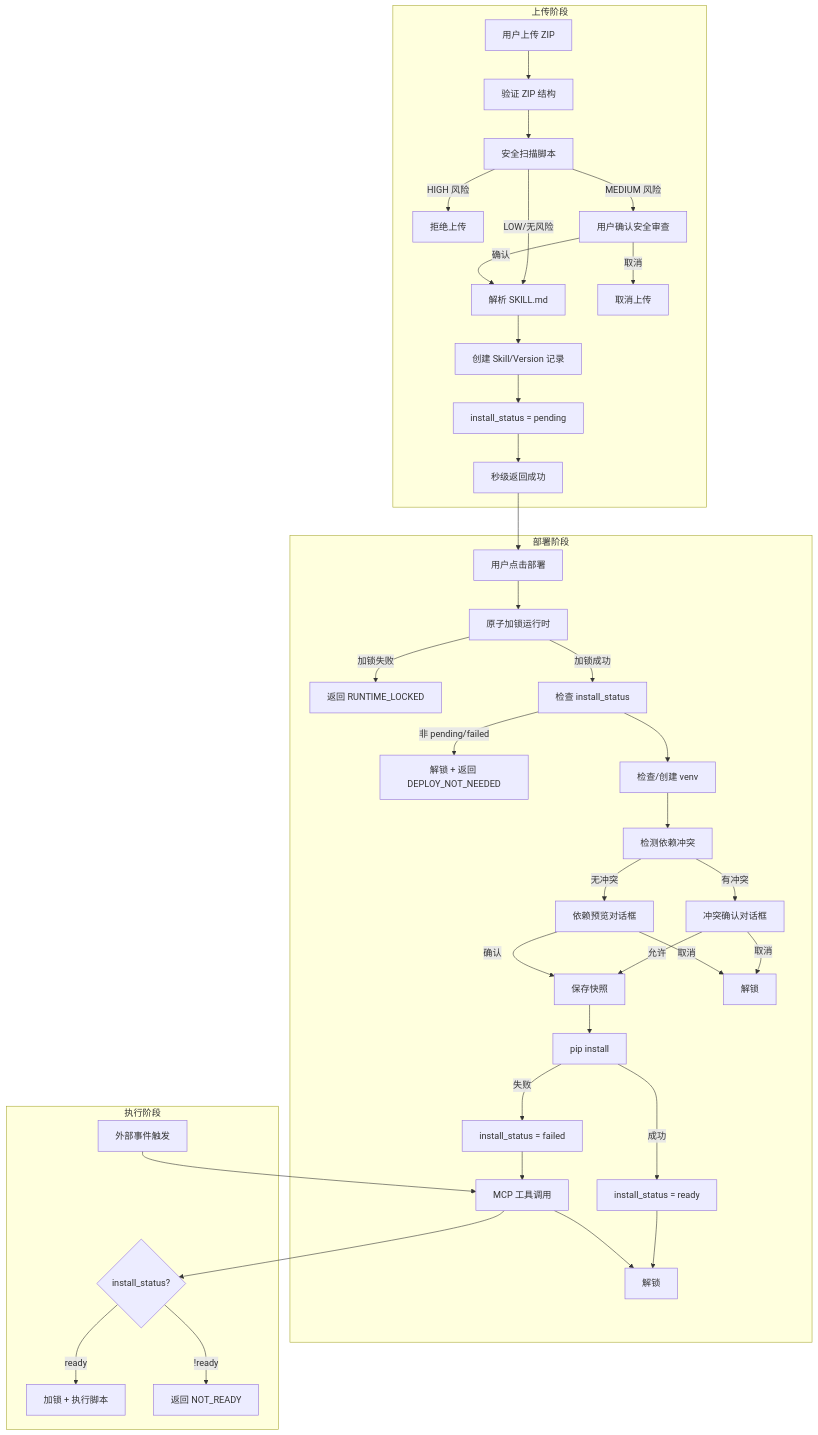
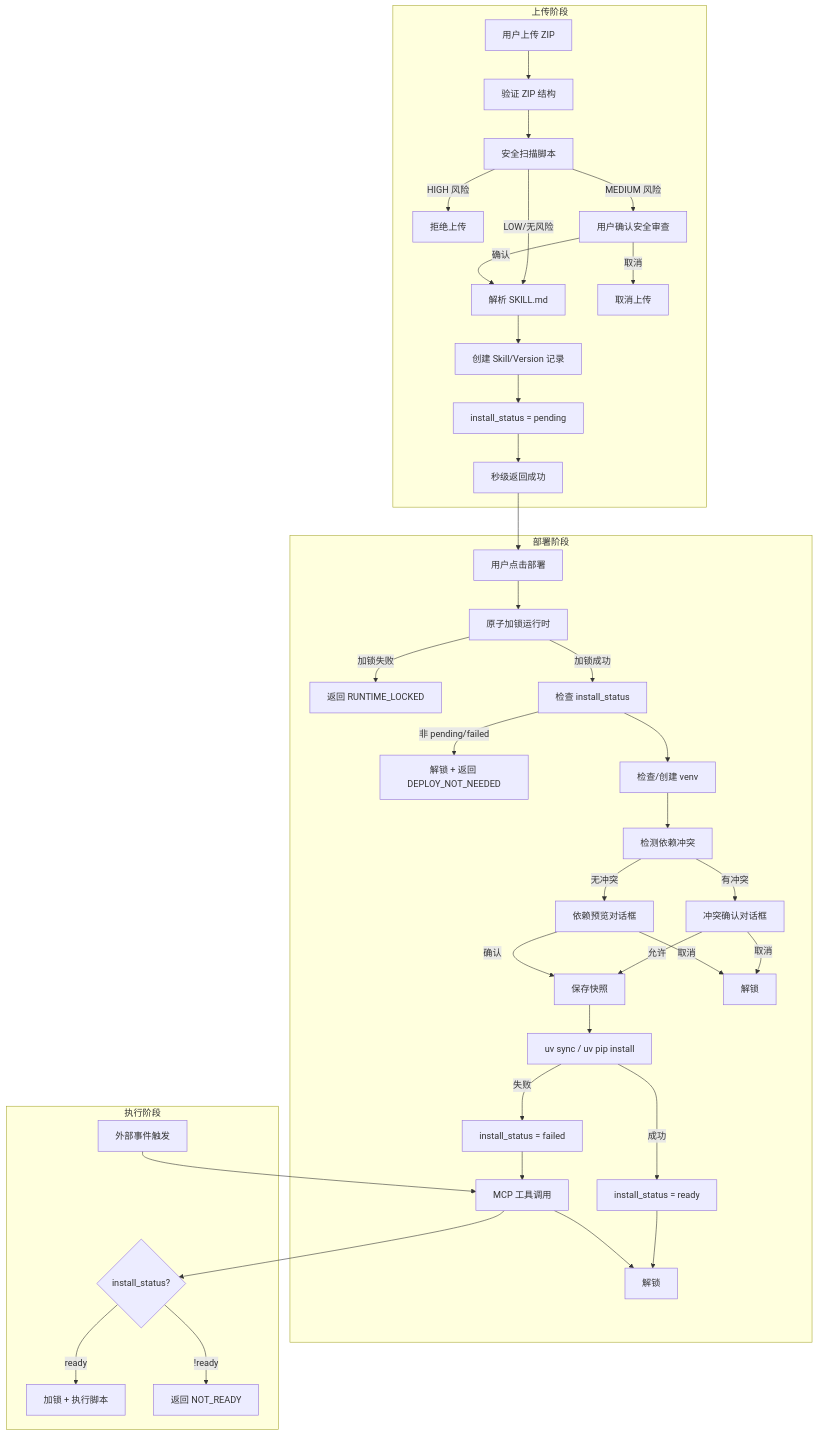
The diagram in docs/user-runtime-environment/04-core-flows.md (jiabai/open-skillhub), drawn with Mermaid before and after one commit. The commit also changed other lines of this file and 25 other files, not shown here.

````diff
--- a/docs/user-runtime-environment/04-core-flows.md
+++ b/docs/user-runtime-environment/04-core-flows.md
@@ -12,44 +12,44 @@
 ```mermaid
 graph TD
     subgraph 上传阶段
         A[用户上传 ZIP] --> B[验证 ZIP 结构]
         B --> C[安全扫描脚本]
         C -->|HIGH 风险| D[拒绝上传]
         C -->|MEDIUM 风险| E[用户确认安全审查]
         C -->|LOW/无风险| F[解析 SKILL.md]
         E -->|确认| F
         E -->|取消| G[取消上传]
         F --> H[创建 Skill/Version 记录]
         H --> I[install_status = pending]
         I --> J[秒级返回成功]
     end
 
     subgraph 部署阶段
         J --> K[用户点击部署]
         K --> L[原子加锁运行时]
         L -->|加锁失败| LA[返回 RUNTIME_LOCKED]
         L -->|加锁成功| M[检查 install_status]
         M -->|非 pending/failed| MB[解锁 + 返回 DEPLOY_NOT_NEEDED]
         M --> N[检查/创建 venv]
         N --> O[检测依赖冲突]
         O -->|有冲突| P[冲突确认对话框]
         O -->|无冲突| Q[依赖预览对话框]
         P -->|允许| R[保存快照]
         P -->|取消| S[解锁]
         Q -->|确认| R
         Q -->|取消| S
-        R --> T[pip install]
+        R --> T[uv sync / uv pip install]
         T -->|成功| U[install_status = ready]
         T -->|失败| V[install_status = failed]
         U --> W[解锁]
         V --> X[回滚依赖]
         X --> W
     end
 
     subgraph 执行阶段
         ExtEvent[外部事件触发] --> X[MCP 工具调用]
         X --> Y{install_status?}
         Y -->|ready| Z[加锁 + 执行脚本]
         Y -->|!ready| AA[返回 NOT_READY]
     end
 ```
````
